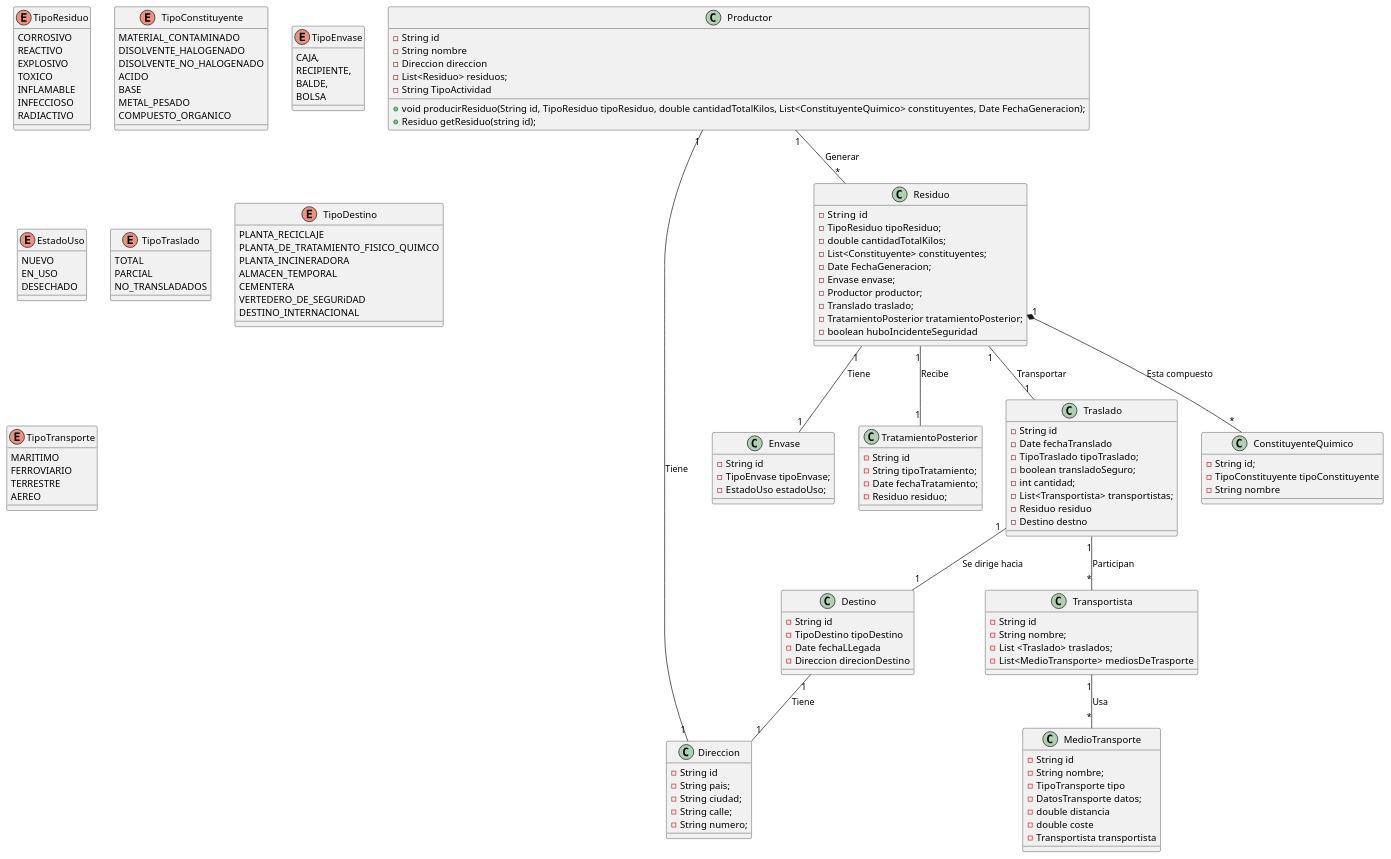
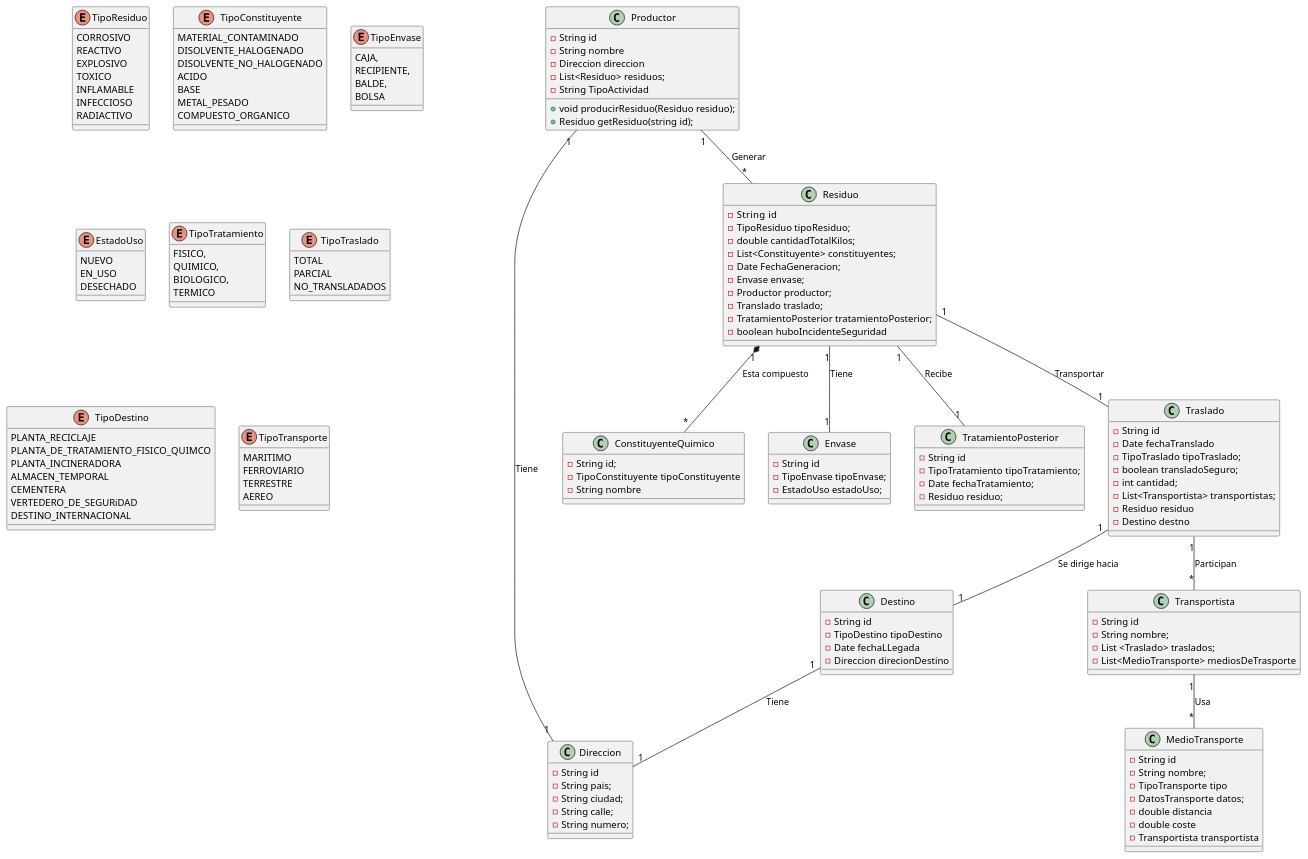
One commit to Blackaringo/JDesechosFabrica changed the diagram in src/jdesechosfabrica/Documentacion/Diagrama_de_clases_conceptual.puml. Above: the diagram before and after it, drawn with PlantUML. The commit also changed 4 other files, not shown here.

Commit message:
rellenada la clase tratamiento posterior, modificado productor, residuo, añadida la relacion residuo tratamiento posterior, modificado diagrama de clses,

```diff
--- a/src/jdesechosfabrica/Documentacion/Diagrama_de_clases_conceptual.puml
+++ b/src/jdesechosfabrica/Documentacion/Diagrama_de_clases_conceptual.puml
@@ -1,154 +1,161 @@
 @startuml
 class Productor{
     - String id
     - String nombre
     - Direccion direccion
     - List<Residuo> residuos;
     - String TipoActividad
     
-    + void producirResiduo(String id, TipoResiduo tipoResiduo, double cantidadTotalKilos, List<ConstituyenteQuimico> constituyentes, Date FechaGeneracion);
+    + void producirResiduo(Residuo residuo);
     + Residuo getResiduo(string id); 
 }
 
 class Direccion{
     - String id
     - String pais;
     - String ciudad;
     - String calle;
     - String numero;
 }
 
 enum TipoResiduo{
     CORROSIVO
     REACTIVO
     EXPLOSIVO
     TOXICO
     INFLAMABLE
     INFECCIOSO
     RADIACTIVO
 }
 
 class Residuo{
     - String  id
     - TipoResiduo tipoResiduo;
     - double cantidadTotalKilos;
     - List<Constituyente> constituyentes;
     - Date FechaGeneracion;
     - Envase envase;
     - Productor productor;
     - Translado traslado;
     - TratamientoPosterior tratamientoPosterior;
     - boolean huboIncidenteSeguridad
 }
 enum TipoConstituyente{
     MATERIAL_CONTAMINADO
     DISOLVENTE_HALOGENADO
     DISOLVENTE_NO_HALOGENADO
     ACIDO
     BASE
     METAL_PESADO
     COMPUESTO_ORGANICO
 }
 
 
 class ConstituyenteQuimico{
     - String id;
     - TipoConstituyente tipoConstituyente
     - String nombre
 }
 
 enum TipoEnvase{
     CAJA,
     RECIPIENTE,
     BALDE,
     BOLSA
 }
 
 enum EstadoUso{
     NUEVO
     EN_USO
     DESECHADO
 }
 
 class Envase{
     - String id
     - TipoEnvase tipoEnvase;
     - EstadoUso estadoUso;
 }
 
 class Transportista{
     - String id
     - String nombre;
     - List <Traslado> traslados;
     - List<MedioTransporte> mediosDeTrasporte
 }
 
+enum TipoTratamiento{
+    FISICO,
+    QUIMICO,
+    BIOLOGICO,
+    TERMICO
+}
+
 class TratamientoPosterior{
     - String id
-    - String tipoTratamiento;
+    - TipoTratamiento tipoTratamiento;
     - Date fechaTratamiento;
     - Residuo residuo;
 }
 
 enum TipoTraslado{
 TOTAL
 PARCIAL
 NO_TRANSLADADOS
 }
 
 class Traslado{
     - String id
     - Date fechaTranslado
     - TipoTraslado tipoTraslado;
     - boolean transladoSeguro;
     - int cantidad;
     - List<Transportista> transportistas;
     - Residuo residuo
     - Destino destno
 }
 
 enum TipoDestino {
   PLANTA_RECICLAJE
   PLANTA_DE_TRATAMIENTO_FISICO_QUIMCO
   PLANTA_INCINERADORA
   ALMACEN_TEMPORAL
   CEMENTERA
   VERTEDERO_DE_SEGURiDAD
   DESTINO_INTERNACIONAL
 }
 
 class Destino{
     - String id
     - TipoDestino tipoDestino
     - Date fechaLLegada
     - Direccion direcionDestino
 }
 
 enum TipoTransporte {
     MARITIMO
     FERROVIARIO
     TERRESTRE
     AEREO
 }
 
 class MedioTransporte{
     - String id
     - String nombre;
     - TipoTransporte tipo
     - DatosTransporte datos;
     - double distancia
     - double coste 
     - Transportista transportista
 }
 
 Productor "1" -- "*" Residuo : Generar
 Residuo "1" -- "1" Traslado : Transportar
 Traslado "1" -- "*" Transportista : Participan
 Transportista "1" -- "*" MedioTransporte : Usa
 Residuo "1"  *-- "*" ConstituyenteQuimico : Esta compuesto
 Residuo "1" -- "1" Envase : Tiene
 Residuo "1" -- "1" TratamientoPosterior : Recibe 
 Productor "1" -- "1" Direccion : Tiene 
 Traslado "1" -- "1" Destino : Se dirige hacia
 Destino "1" -- "1" Direccion : Tiene
 @enduml
```
